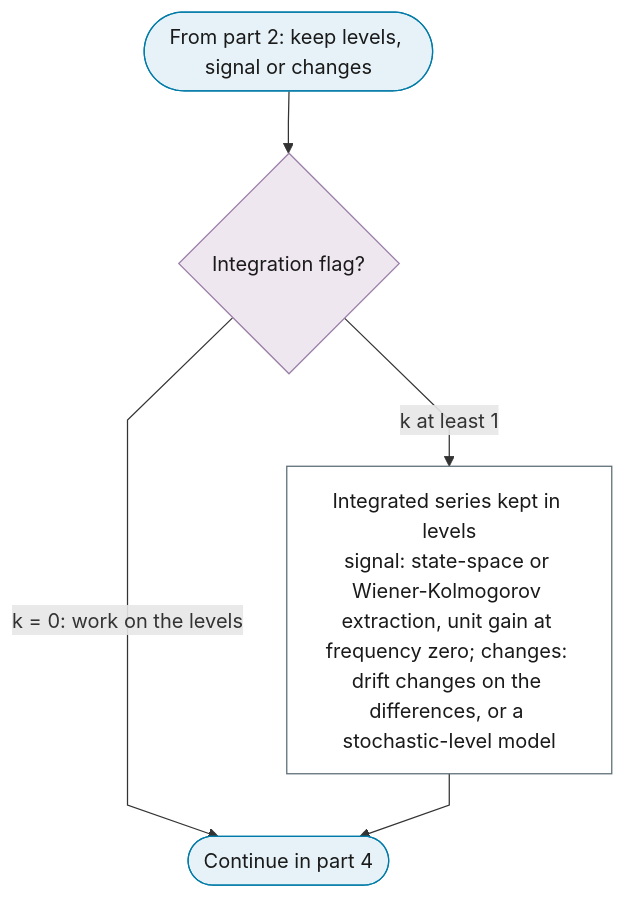
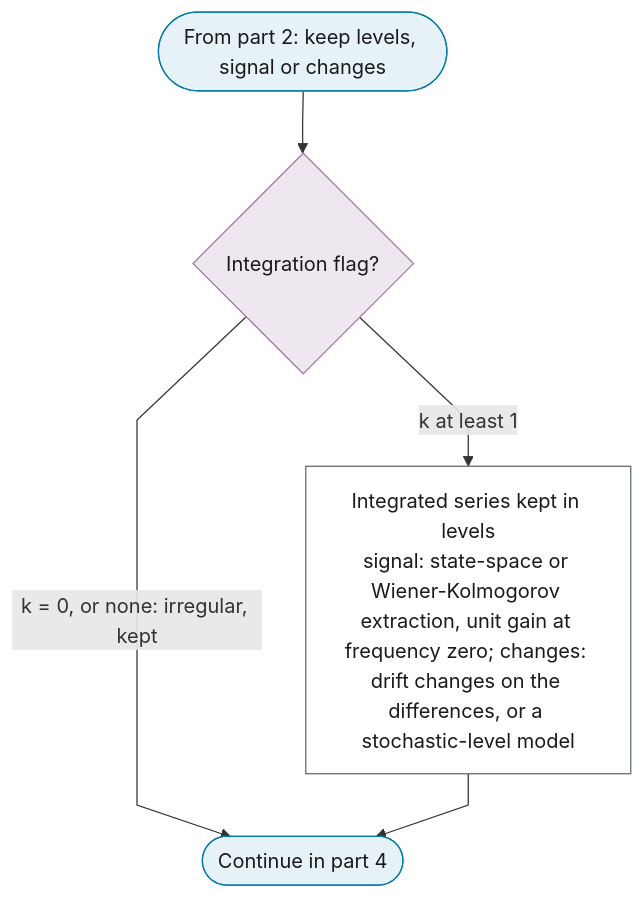
Before and after one commit to Shuxin-Y/time-series-analysis-manual: the sixth of 6 diagrams in docs/01-workflow/p04-transformations.md, drawn with Mermaid. The commit also changed other lines of this file and 14 other files, not shown here.

````diff
--- a/docs/01-workflow/p04-transformations.md
+++ b/docs/01-workflow/p04-transformations.md
@@ -172,19 +171,19 @@
 ```mermaid
 %%{init: {"flowchart": {"curve": "linear"}}}%%
 graph TD
     P4_PART_6_IN(["From part 2: keep levels, signal or changes"]) --> P4_LEVELS_ORDER{"Integration flag?"}
-    P4_LEVELS_ORDER -->|"k = 0: work on the levels"| P4_PART_6_OUT
+    P4_LEVELS_ORDER -->|"k = 0, or none: irregular, kept"| P4_PART_6_OUT
     P4_LEVELS_ORDER -->|"k at least 1"| P4_INTEGRATED_LEVELS["Integrated series kept in levels<br/>signal: state-space or Wiener-Kolmogorov extraction, unit gain at frequency zero; changes: drift changes on the differences, or a stochastic-level model"]
     P4_INTEGRATED_LEVELS --> P4_PART_6_OUT(["Continue in part 4"])
     class P4_PART_6_IN,P4_PART_6_OUT terminator
     class P4_LEVELS_ORDER decision
     class P4_INTEGRATED_LEVELS process
     classDef terminator fill:#E6F2F7,stroke:#007BA7,color:#1A1A1A;
     classDef process fill:#FFFFFF,stroke:#5A6B73,color:#1A1A1A;
     classDef decision fill:#EFE7F0,stroke:#9B7FA7,color:#1A1A1A;
     classDef data fill:#FFF4E0,stroke:#C9A55E,color:#1A1A1A;
     classDef good fill:#DCEFD8,stroke:#4A7A3F,color:#1A1A1A;
     classDef escalate fill:#FFE9C2,stroke:#C9A55E,color:#1A1A1A;
     classDef problem fill:#F2D9DE,stroke:#800020,color:#1A1A1A;
     classDef ref fill:#F7F7F7,stroke:#5A6B73,color:#1A1A1A,stroke-dasharray:4 3;
 ```
````
